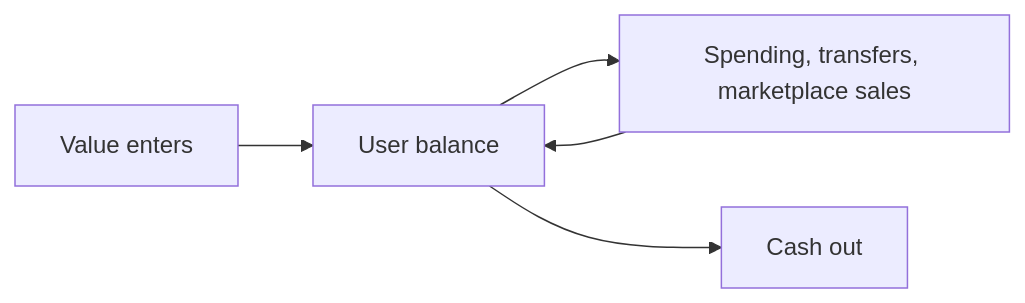
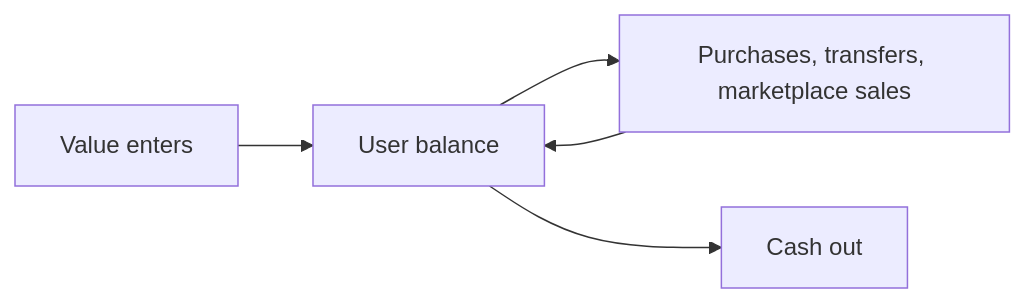
Before and after one commit to zbdpay/zbd-docs: the diagram in embedded-accounts.mdx, drawn with Mermaid. The commit also changed other lines of this file and 56 other files, not shown here.

````diff
--- a/embedded-accounts.mdx
+++ b/embedded-accounts.mdx
@@ -29,7 +29,7 @@
 ```mermaid
 flowchart LR
   A[Value enters] --> B[User balance]
-  B --> C[Spending, transfers, marketplace sales]
+  B --> C[Purchases, transfers, marketplace sales]
   C --> B
   B --> D[Cash out]
 ```
````
